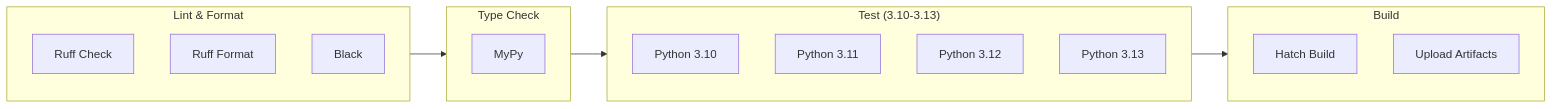
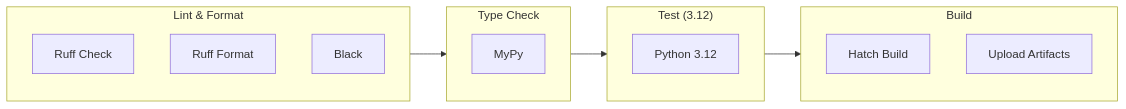
Before and after one commit to TheWinterShadow/Thoth: the second of 6 diagrams in docs/source/architecture/deployment.md, drawn with Mermaid. The commit also changed other lines of this file and 14 other files, not shown here.

````diff
--- a/docs/source/architecture/deployment.md
+++ b/docs/source/architecture/deployment.md
@@ -46,26 +46,23 @@
 ```mermaid
 flowchart LR
     subgraph Lint["Lint & Format"]
         R1[Ruff Check]
         R2[Ruff Format]
         BL[Black]
     end
 
     subgraph Type["Type Check"]
         MY[MyPy]
     end
 
-    subgraph Test["Test (3.10-3.13)"]
-        P10[Python 3.10]
-        P11[Python 3.11]
+    subgraph Test["Test (3.12)"]
         P12[Python 3.12]
-        P13[Python 3.13]
     end
 
     subgraph Build["Build"]
         PKG[Hatch Build]
         ART[Upload Artifacts]
     end
 
     Lint --> Type --> Test --> Build
 ```
````
